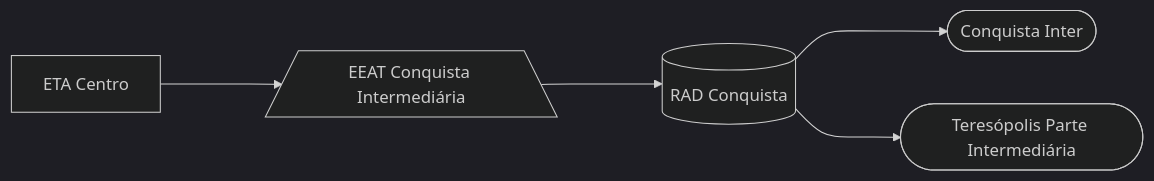
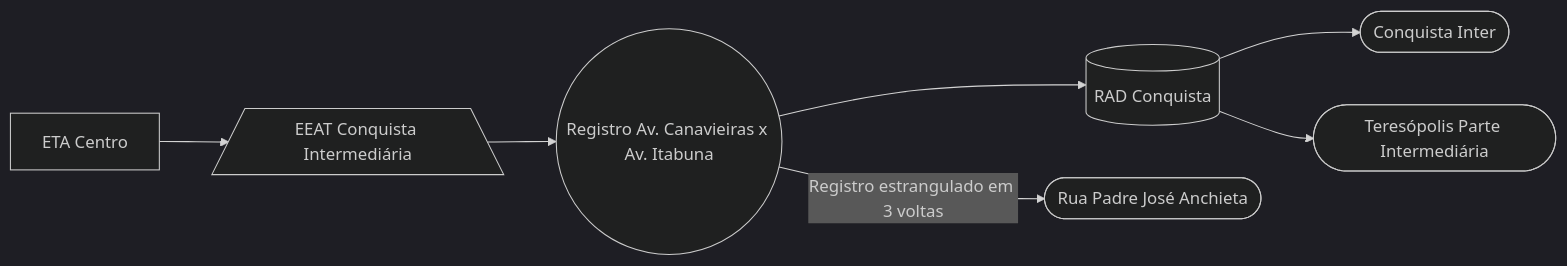
The diagram in ETA Centro/Conquista Intermediária/Conquista Intermediária.md (iagovls/CCO-Documentation), drawn with Mermaid (dark theme) before and after one commit.

Commit message:
Update Conquista Intermediária.md

````diff
--- a/ETA Centro/Conquista Intermediária/Conquista Intermediária.md
+++ b/ETA Centro/Conquista Intermediária/Conquista Intermediária.md
@@ -22,22 +22,29 @@
 ```mermaid
 flowchart LR
         
     ETA["ETA Centro"]    
 
-    EEATConquistaInter[/"EEAT Conquista Intermediária"\]       
+    EEATConquistaInter[/"EEAT Conquista Intermediária"\]
+
+    RegistroCanavItab(("Registro Av. Canavieiras x Av. Itabuna"))    
    
     RadConquista[("RAD Conquista")]    
        
     ConquistaInter(["Conquista Inter"])
     
     TeresopolisInter(["Teresópolis Parte Intermediária"])   
+    RuaPadreJoseAnchieta(["Rua Padre José Anchieta"])
+
      
 
 
     %% Ligações
-    ETA ---> EEATConquistaInter
-    EEATConquistaInter ---> RadConquista        
-    RadConquista ---> ConquistaInter
-    RadConquista ---> TeresopolisInter
+    ETA --> EEATConquistaInter
+    EEATConquistaInter --> RegistroCanavItab        
+    RegistroCanavItab --> RadConquista        
+    RegistroCanavItab --> |Registro estrangulado em 3 voltas| RuaPadreJoseAnchieta
+
+    RadConquista --> ConquistaInter
+    RadConquista --> TeresopolisInter
  
 ```
````
